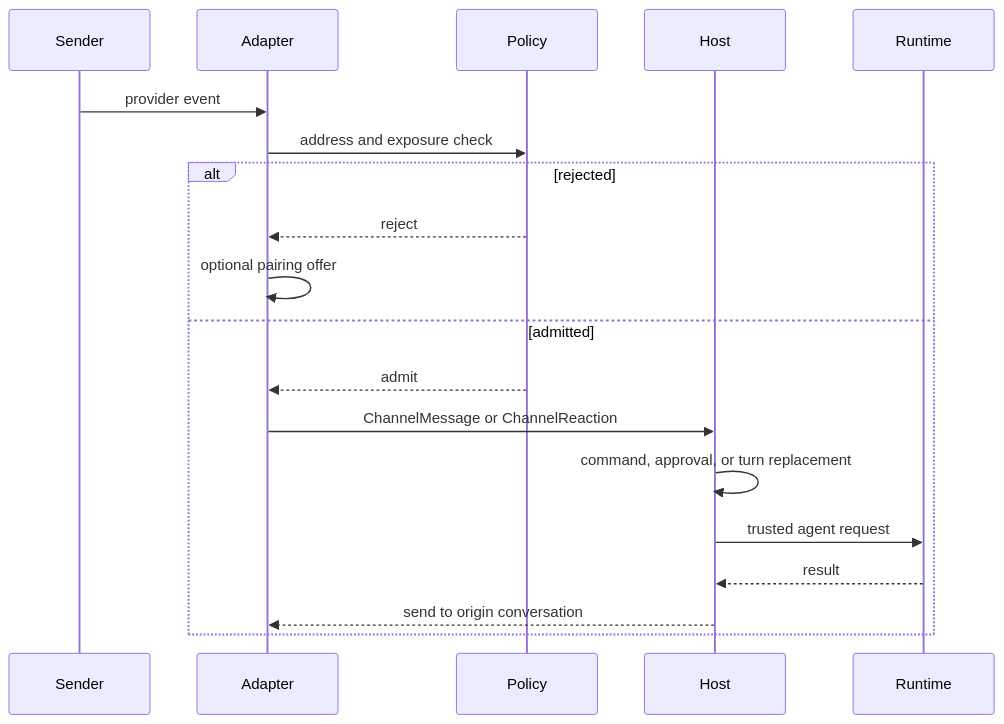
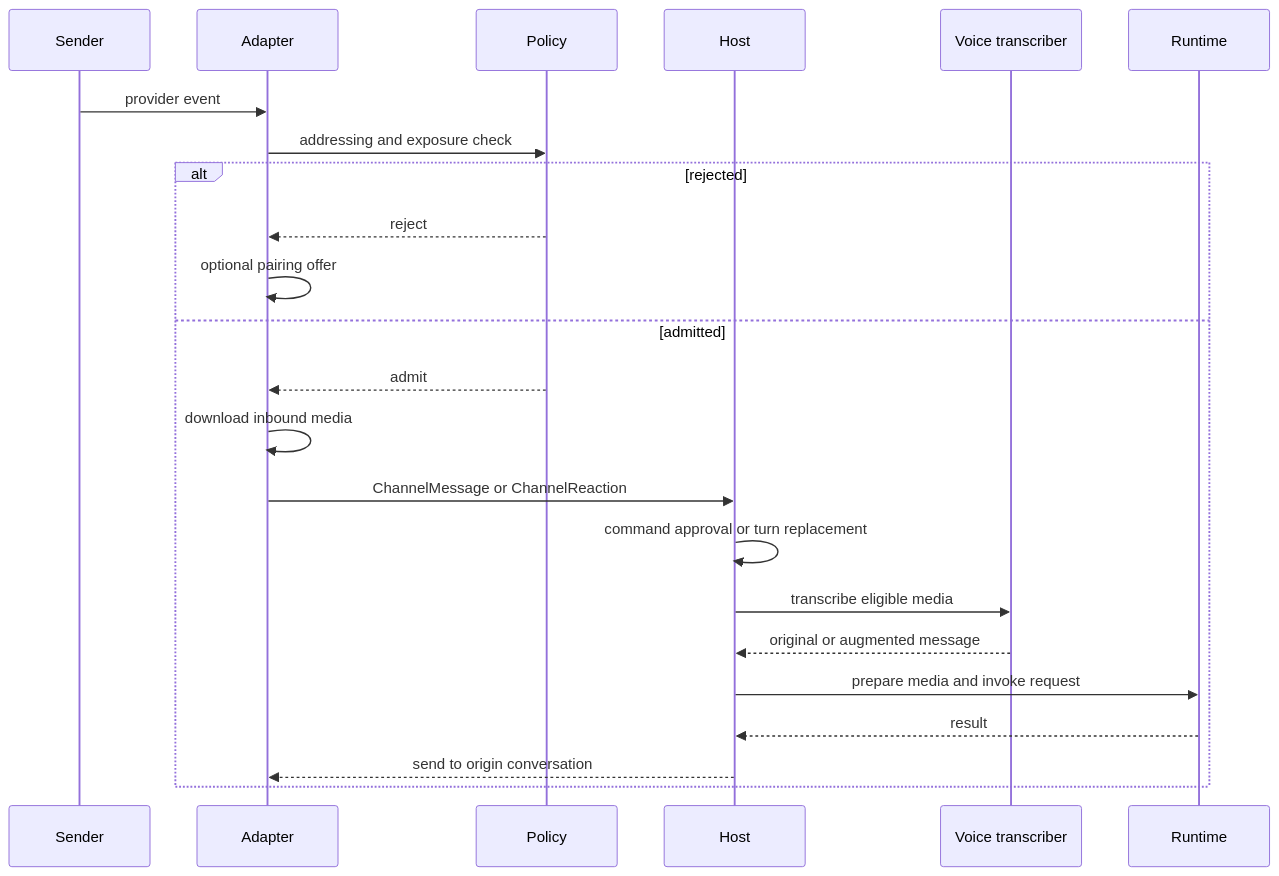
The first of 2 diagrams in openwiki/concepts/talon-channel-admission.md (langchain-ai/deepagents), drawn with Mermaid before and after one commit. The commit also changed other lines of this file and 25 other files, not shown here.

````diff
--- a/openwiki/concepts/talon-channel-admission.md
+++ b/openwiki/concepts/talon-channel-admission.md
@@ -43,22 +51,26 @@
 ```mermaid
 sequenceDiagram
     participant Sender
     participant Adapter
     participant Policy
     participant Host
+    participant Voice as Voice transcriber
     participant Runtime
 
     Sender->>Adapter: provider event
-    Adapter->>Policy: address and exposure check
+    Adapter->>Policy: addressing and exposure check
     alt rejected
         Policy-->>Adapter: reject
         Adapter->>Adapter: optional pairing offer
     else admitted
         Policy-->>Adapter: admit
+        Adapter->>Adapter: download inbound media
         Adapter->>Host: ChannelMessage or ChannelReaction
-        Host->>Host: command, approval, or turn replacement
-        Host->>Runtime: trusted agent request
+        Host->>Host: command approval or turn replacement
+        Host->>Voice: transcribe eligible media
+        Voice-->>Host: original or augmented message
+        Host->>Runtime: prepare media and invoke request
         Runtime-->>Host: result
         Host-->>Adapter: send to origin conversation
     end
 ```
````
